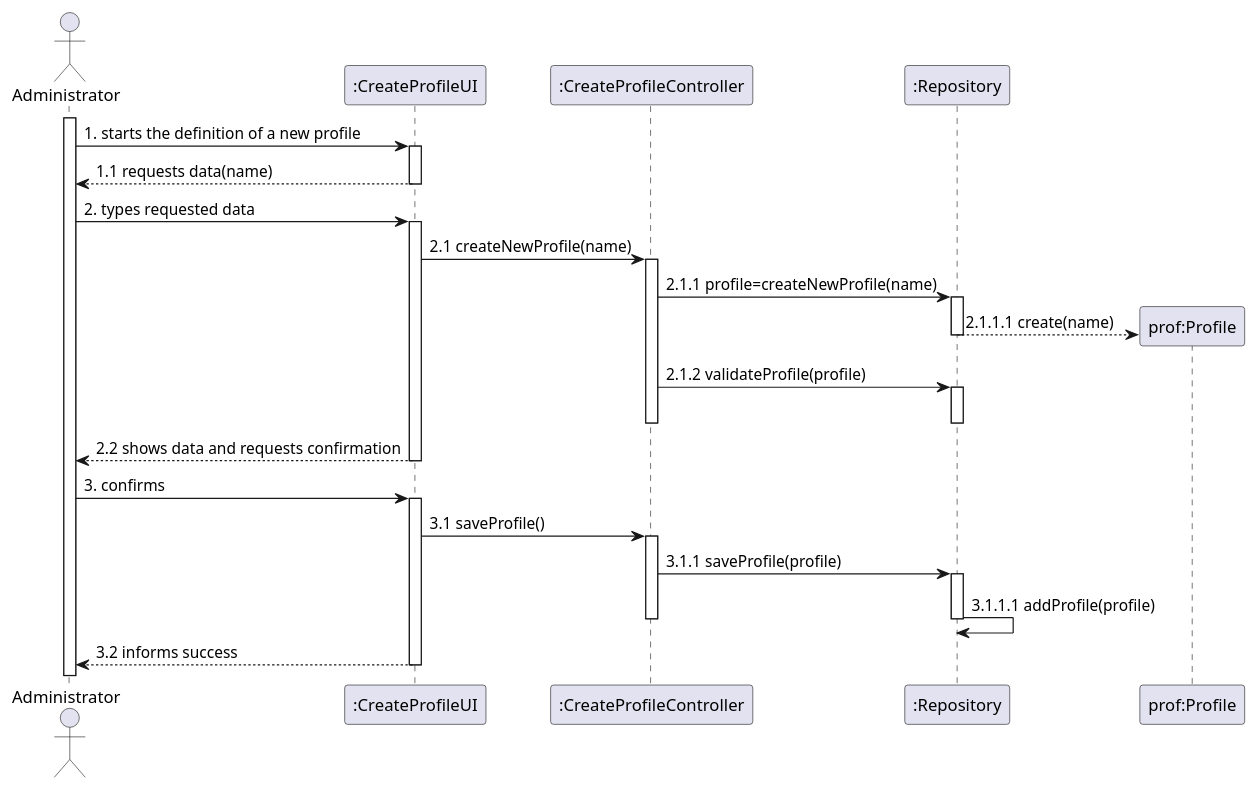
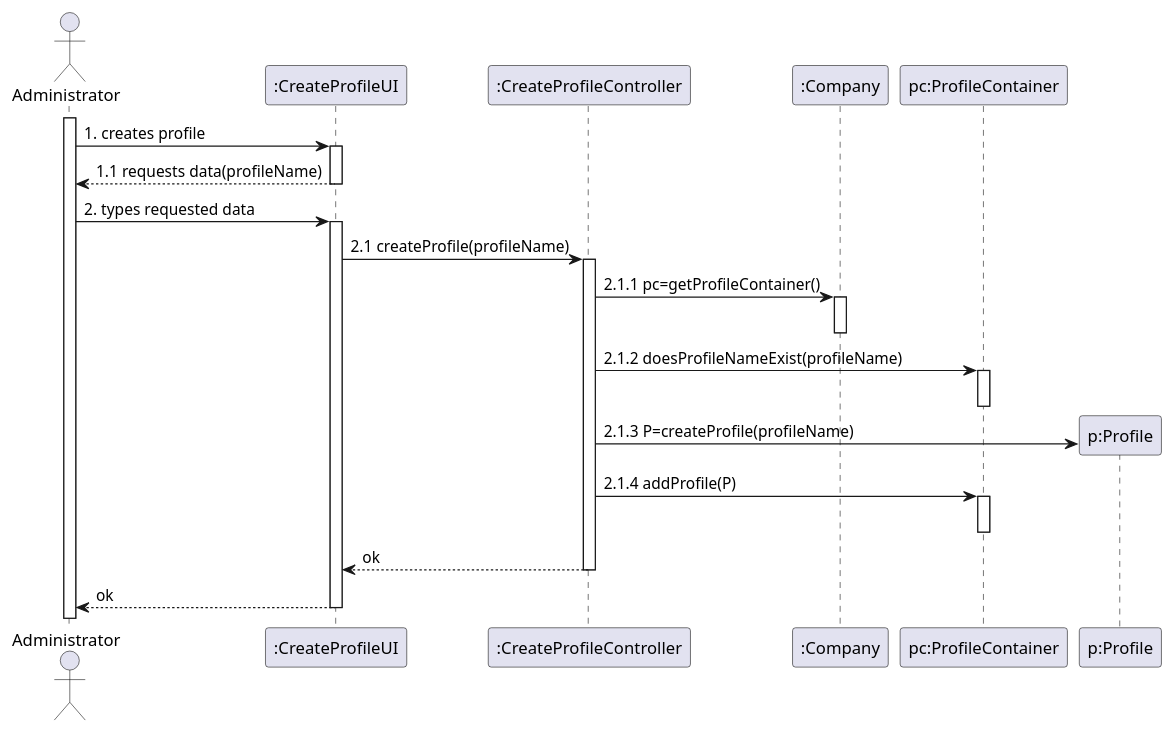
The diagram in docs/modelling_design/user_stories/us001/US001_Sequence_Diagram.puml (Loracline/project_switch_22-23), drawn with PlantUML before and after one commit. The commit also changed other lines of this file, not shown here.

Commit message:
US001 : Design : Updating Sequence Diagram (Use Case: to create profile).

```diff
--- a/docs/modelling_design/user_stories/us001/US001_Sequence_Diagram.puml
+++ b/docs/modelling_design/user_stories/us001/US001_Sequence_Diagram.puml
@@ -1,57 +1,36 @@
 @startuml
 
 actor Administrator
 participant ":CreateProfileUI" as cpu
 participant ":CreateProfileController" as cpc
-participant ":Repository" as Repository
-participant "prof:Profile" as Profile
+participant ":Company" as Company
+participant "pc:ProfileContainer" as ProfileContainer
+participant "p:Profile" as Profile
 activate Administrator
-Administrator -> cpu: 1. starts the definition of a new profile
+Administrator -> cpu: 1. creates profile
 activate cpu
-cpu --> Administrator: 1.1 requests data(name)
+cpu --> Administrator: 1.1 requests data(profileName)
 deactivate cpu
 Administrator -> cpu: 2. types requested data
 activate cpu
-cpu -> cpc: 2.1 createNewProfile(name)
+cpu -> cpc: 2.1 createProfile(profileName)
 activate cpc
-cpc -> Repository: 2.1.1 profile=createNewProfile(name)
-activate Repository
+cpc -> Company: 2.1.1 pc=getProfileContainer()
+activate Company
+deactivate Company
+cpc -> ProfileContainer: 2.1.2 doesProfileNameExist(profileName)
+activate ProfileContainer
+deactivate ProfileContainer
 create Profile
-Repository --> Profile: 2.1.1.1 create(name)
-deactivate Repository
-cpc -> Repository: 2.1.2 validateProfile(profile)
-activate Repository
+cpc -> Profile: 2.1.3 P=createProfile(profileName)
+deactivate Profile
+cpc -> ProfileContainer: 2.1.4 addProfile(P)
+activate ProfileContainer
+deactivate ProfileContainer
+cpc --> cpu: ok
 deactivate cpc
-deactivate Repository
-cpu --> Administrator: 2.2 shows data and requests confirmation
-
-deactivate cpu
-Administrator -> cpu: 3. confirms
-activate cpu
-cpu -> cpc: 3.1 saveProfile()
-activate cpc
-cpc -> Repository: 3.1.1 saveProfile(profile)
-activate Repository
-Repository -> Repository: 3.1.1.1 addProfile(profile)
-deactivate Repository
-deactivate cpc
-cpu --> Administrator: 3.2 informs success
+cpu --> Administrator: ok
 deactivate cpu
 
 
-/'
-actor Administrator as Admin
-participant ":Controller" as Cont
-participant ":Company" as Comp
-participant "prof:Profile" as Prof
-
-activate Cont
-Admin -> Cont: 1. createNewProfile(profileName)
-Cont -> Comp: 1.1 prof = createProfile(profileName)
-activate Comp
-create Prof
-Comp --> Prof: 1.1.1 createProfile(profileName)
-Comp -> Comp: 1.1.2 validateProfile(profileName)
-Comp -> Comp: 1.1.3 addProfile(profileName)
-'/
 @enduml
```
